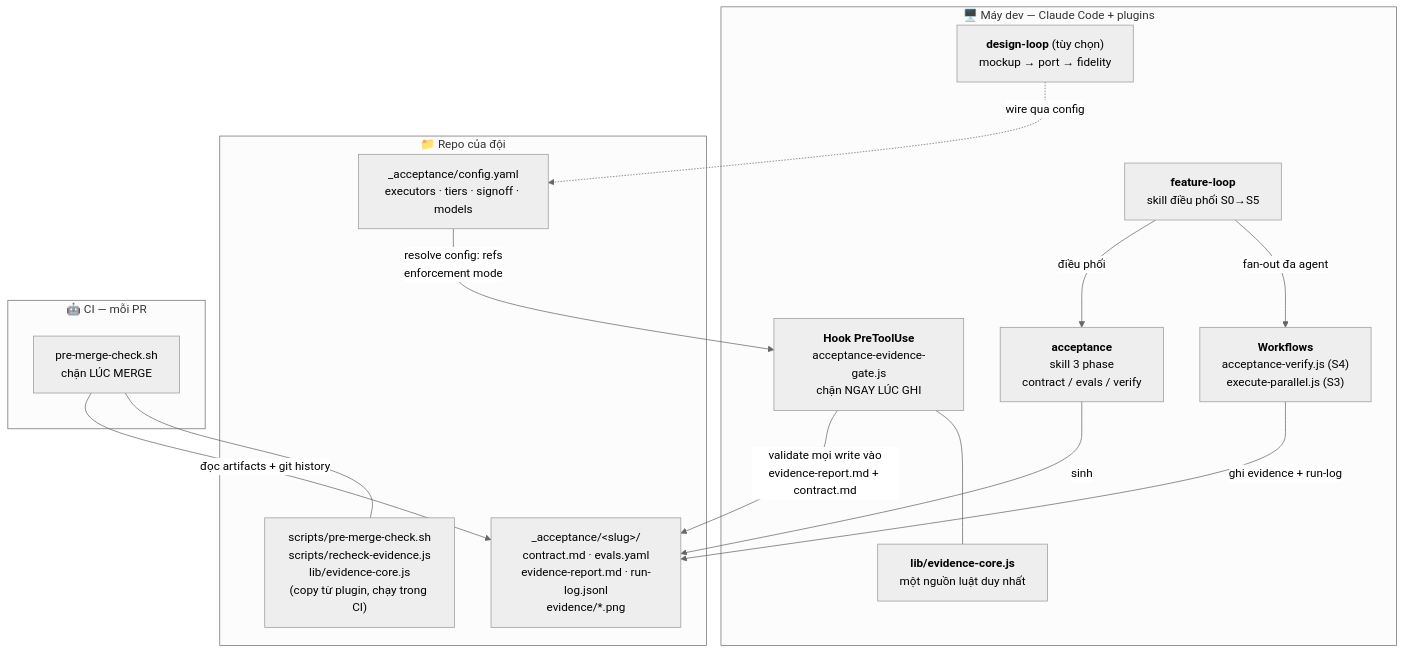
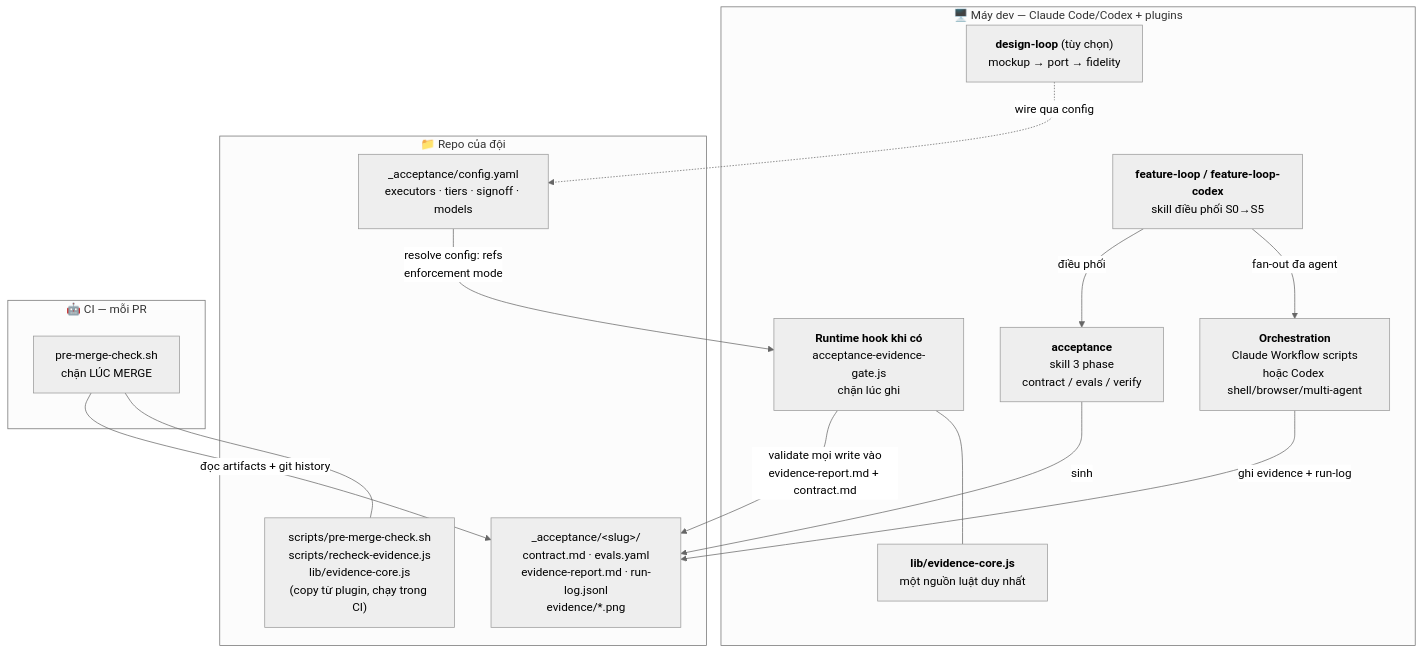
One commit to phanlemanh/acceptance-gate-kit changed the first of 4 diagrams in GUIDE.md. Above: the diagram before and after it, drawn with Mermaid (neutral theme). The commit also changed other lines of this file and 29 other files, not shown here.

Commit message:
feat(codex): design-loop Codex-ready (.codex-plugin + marketplace) + feature-loop-codex đồng bộ 1.10.0 — portable reference path, docs/mirror sync

````diff
--- a/GUIDE.md
+++ b/GUIDE.md
@@ -48,32 +48,32 @@
 ```mermaid
 flowchart TB
-  subgraph DEV["🖥️ Máy dev — Claude Code + plugins"]
-    FL["<b>feature-loop</b><br/>skill điều phối S0→S5"]
+  subgraph DEV["🖥️ Máy dev — Claude Code/Codex + plugins"]
+    FL["<b>feature-loop / feature-loop-codex</b><br/>skill điều phối S0→S5"]
     AC["<b>acceptance</b><br/>skill 3 phase<br/>contract / evals / verify"]
-    WF["<b>Workflows</b><br/>acceptance-verify.js (S4)<br/>execute-parallel.js (S3)"]
-    HOOK["<b>Hook PreToolUse</b><br/>acceptance-evidence-gate.js<br/>chặn NGAY LÚC GHI"]
+    WF["<b>Orchestration</b><br/>Claude Workflow scripts<br/>hoặc Codex shell/browser/multi-agent"]
+    HOOK["<b>Runtime hook khi có</b><br/>acceptance-evidence-gate.js<br/>chặn lúc ghi"]
     CORE["<b>lib/evidence-core.js</b><br/>một nguồn luật duy nhất"]
     DL["<b>design-loop</b> (tùy chọn)<br/>mockup → port → fidelity"]
   end
 
   subgraph REPO["📁 Repo của đội"]
     CFG["_acceptance/config.yaml<br/>executors · tiers · signoff · models"]
     ART["_acceptance/&lt;slug&gt;/<br/>contract.md · evals.yaml<br/>evidence-report.md · run-log.jsonl<br/>evidence/*.png"]
     VEND["scripts/pre-merge-check.sh<br/>scripts/recheck-evidence.js<br/>lib/evidence-core.js<br/>(copy từ plugin, chạy trong CI)"]
   end
 
   subgraph CI["🤖 CI — mỗi PR"]
     PM["pre-merge-check.sh<br/>chặn LÚC MERGE"]
   end
 
   FL -->|"điều phối"| AC
   FL -->|"fan-out đa agent"| WF
   AC -->|"sinh"| ART
   WF -->|"ghi evidence + run-log"| ART
   HOOK -->|"validate mọi write vào<br/>evidence-report.md + contract.md"| ART
   HOOK --- CORE
   CFG -->|"resolve config: refs<br/>enforcement mode"| HOOK
   DL -.->|"wire qua config"| CFG
   PM -->|"đọc artifacts + git history"| ART
   PM --- VEND
 ```
````
